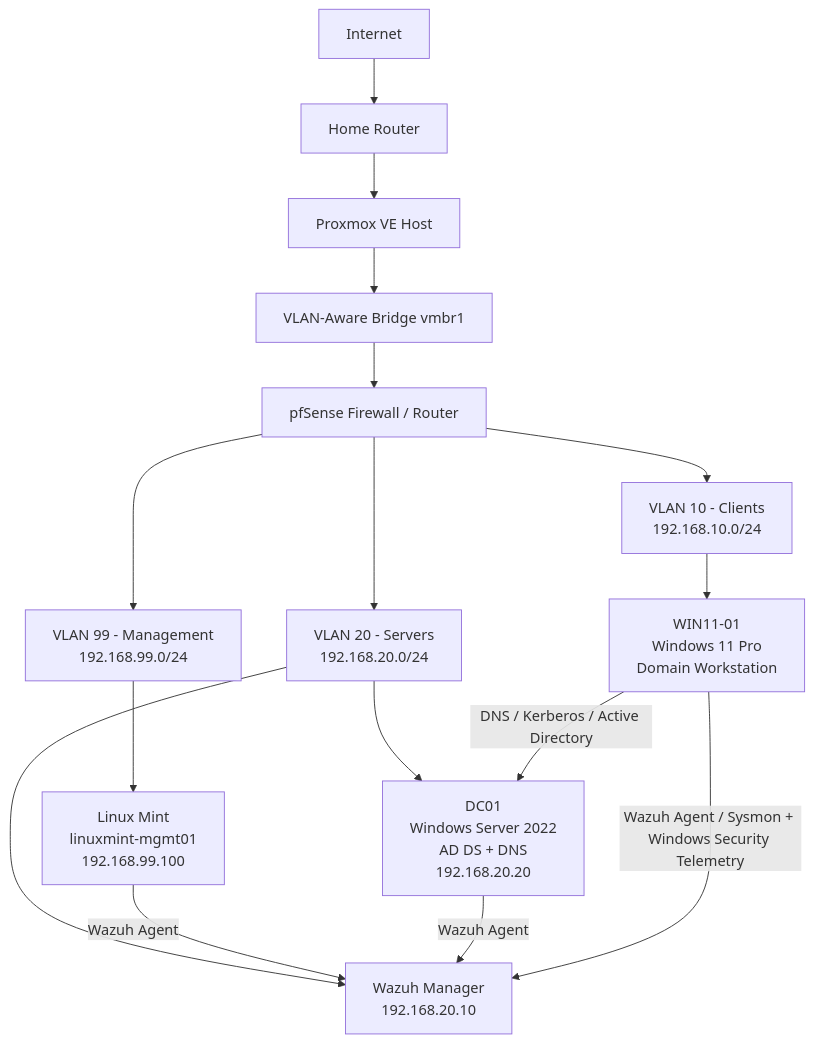
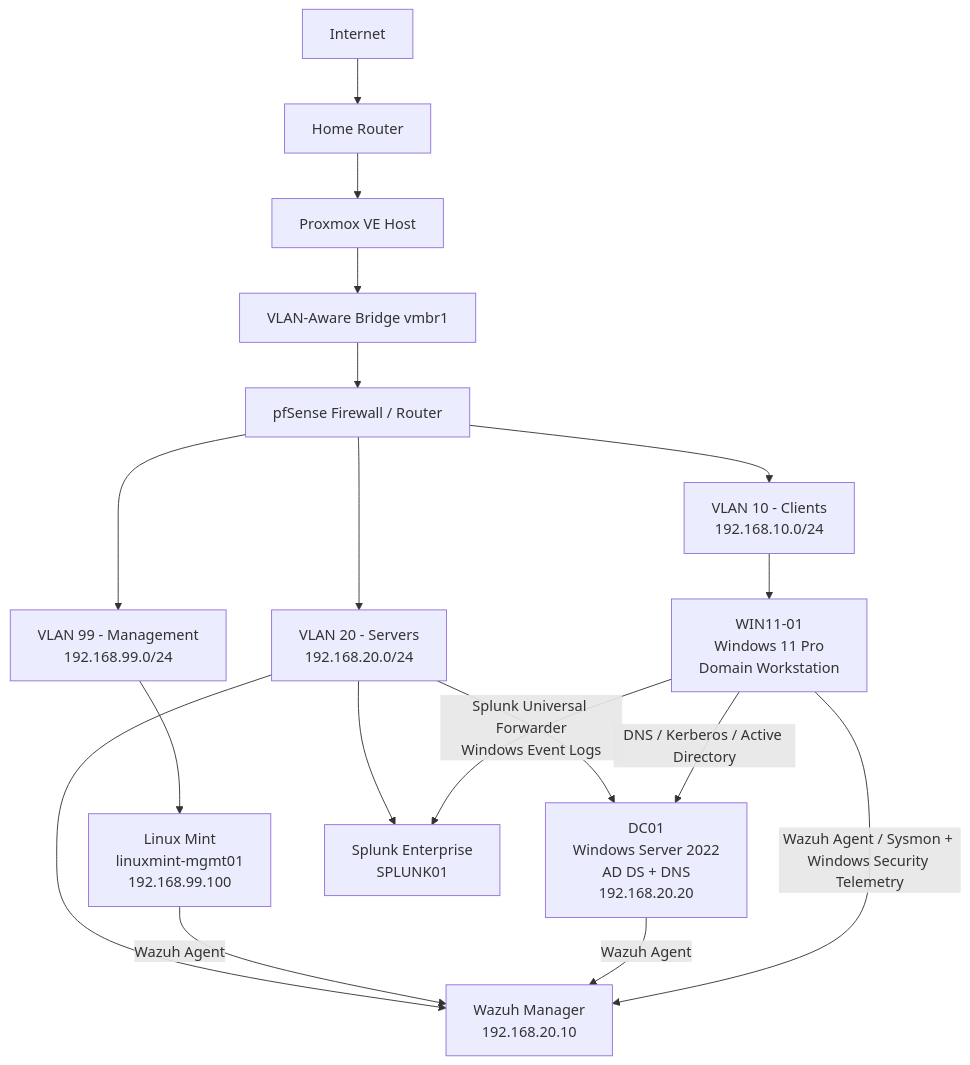
Before and after one commit to diegov-cyb/Blue-Team-Home-Lab: the first of 2 diagrams in README.md, drawn with Mermaid. The commit also changed other lines of this file and 3 other files, not shown here.

````diff
--- a/README.md
+++ b/README.md
@@ -203,30 +230,32 @@
 ```mermaid
 graph TD
 
     INTERNET[Internet]
     ROUTER[Home Router]
     PVE[Proxmox VE Host]
     BRIDGE[VLAN-Aware Bridge vmbr1]
     PF[pfSense Firewall / Router]
 
     INTERNET --> ROUTER
     ROUTER --> PVE
     PVE --> BRIDGE
     BRIDGE --> PF
 
     PF --> MGMT[VLAN 99 - Management<br/>192.168.99.0/24]
     PF --> CLIENT[VLAN 10 - Clients<br/>192.168.10.0/24]
     PF --> SERVER[VLAN 20 - Servers<br/>192.168.20.0/24]
 
     MGMT --> MINT[Linux Mint<br/>linuxmint-mgmt01<br/>192.168.99.100]
 
     CLIENT --> WIN11[WIN11-01<br/>Windows 11 Pro<br/>Domain Workstation]
 
     SERVER --> DC01[DC01<br/>Windows Server 2022<br/>AD DS + DNS<br/>192.168.20.20]
     SERVER --> WAZUH[Wazuh Manager<br/>192.168.20.10]
+    SERVER --> SPLUNK[Splunk Enterprise<br/>SPLUNK01]
 
     WIN11 -->|DNS / Kerberos / Active Directory| DC01
     MINT -->|Wazuh Agent| WAZUH
     DC01 -->|Wazuh Agent| WAZUH
     WIN11 -->|Wazuh Agent / Sysmon + Windows Security Telemetry| WAZUH
+    WIN11 -->|Splunk Universal Forwarder<br/>Windows Event Logs| SPLUNK
 ```
````
